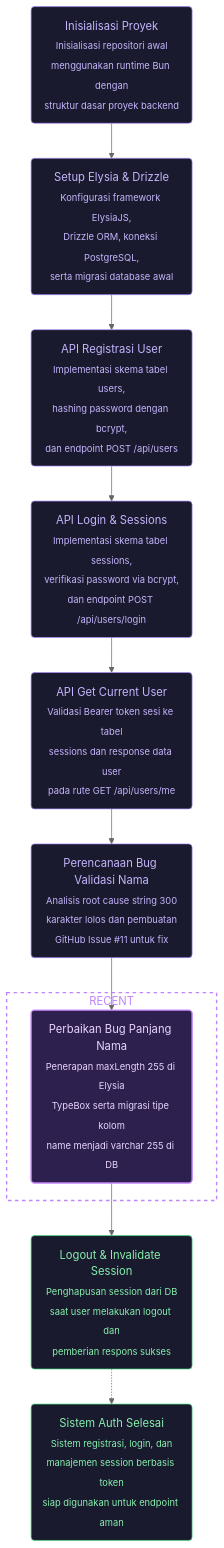
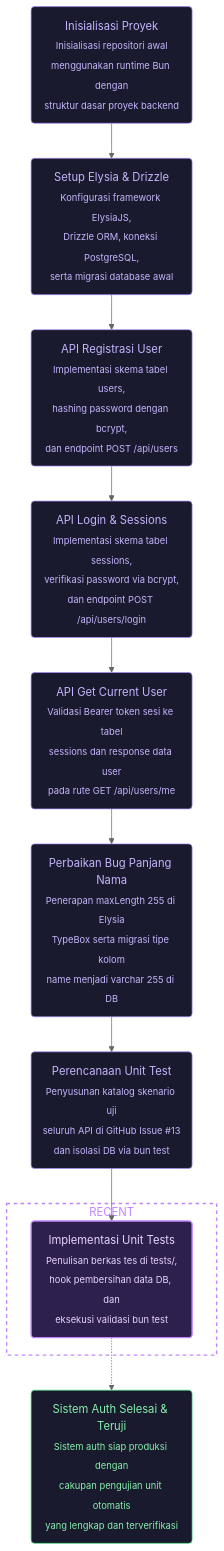
One commit to salmynestack/vibecodefirsttime changed the diagram in vizvibe.mmd. Above: the diagram before and after it, drawn with Mermaid (neutral theme). The commit also changed 4 other files, not shown here.

Commit message:
feat: implementasi unit test menyeluruh menggunakan bun test (closes #13)

```diff
--- a/vizvibe.mmd
+++ b/vizvibe.mmd
@@ -1,66 +1,66 @@
 flowchart TD
     %% === PROJECT GOALS ===
     %% Ultimate Goal: Membangun backend API autentikasi dan manajemen user berbasis Bun, ElysiaJS, dan Drizzle ORM
-    %% Current Goal: Perbaikan bug validasi panjang karakter kolom name pada registrasi user
+    %% Current Goal: Perencanaan dan implementasi unit test komprehensif menggunakan Bun test
 
     %% === START ===
     %% @project_start [start, closed, 2026-09-30, salmin]
     project_start("Inisialisasi Proyek<br/><sub>Inisialisasi repositori awal<br/>menggunakan runtime Bun dengan<br/>struktur dasar proyek backend</sub>")
 
     %% @setup_stack [ai-task, closed, 2026-09-30, salmin]
     setup_stack("Setup Elysia & Drizzle<br/><sub>Konfigurasi framework ElysiaJS,<br/>Drizzle ORM, koneksi PostgreSQL,<br/>serta migrasi database awal</sub>")
 
     %% @feature_register [ai-task, closed, 2026-09-30, salmin]
     feature_register("API Registrasi User<br/><sub>Implementasi skema tabel users,<br/>hashing password dengan bcrypt,<br/>dan endpoint POST /api/users</sub>")
 
     %% @feature_login [ai-task, closed, 2026-10-01, salmin]
     feature_login("API Login & Sessions<br/><sub>Implementasi skema tabel sessions,<br/>verifikasi password via bcrypt,<br/>dan endpoint POST /api/users/login</sub>")
 
     %% @feature_get_user [ai-task, closed, 2026-10-01, salmin]
     feature_get_user("API Get Current User<br/><sub>Validasi Bearer token sesi ke tabel<br/>sessions dan response data user<br/>pada rute GET /api/users/me</sub>")
 
-    %% @plan_bug_name_length [ai-task, closed, 2026-10-01, ai]
-    plan_bug_name_length("Perencanaan Bug Validasi Nama<br/><sub>Analisis root cause string 300<br/>karakter lolos dan pembuatan<br/>GitHub Issue #11 untuk fix</sub>")
-
-    %% @fix_bug_name_length [ai-task, closed, 2026-10-01, ai]
+    %% @fix_bug_name_length [ai-task, closed, 2026-10-01, salmin]
     fix_bug_name_length("Perbaikan Bug Panjang Nama<br/><sub>Penerapan maxLength 255 di Elysia<br/>TypeBox serta migrasi tipe kolom<br/>name menjadi varchar 255 di DB</sub>")
 
-    %% @feature_logout [ai-task, opened, 2026-10-01, user]
-    feature_logout("Logout & Invalidate Session<br/><sub>Penghapusan session dari DB<br/>saat user melakukan logout dan<br/>pemberian respons sukses</sub>")
+    %% @plan_unit_tests [ai-task, closed, 2026-10-01, ai]
+    plan_unit_tests("Perencanaan Unit Test<br/><sub>Penyusunan katalog skenario uji<br/>seluruh API di GitHub Issue #13<br/>dan isolasi DB via bun test</sub>")
+
+    %% @impl_unit_tests [ai-task, closed, 2026-10-01, ai]
+    impl_unit_tests("Implementasi Unit Tests<br/><sub>Penulisan berkas tes di tests/,<br/>hook pembersihan data DB, dan<br/>eksekusi validasi bun test</sub>")
 
     %% @ultimate_goal [end, opened, 2026-10-01, user]
-    ultimate_goal("Sistem Auth Selesai<br/><sub>Sistem registrasi, login, dan<br/>manajemen session berbasis token<br/>siap digunakan untuk endpoint aman</sub>")
+    ultimate_goal("Sistem Auth Selesai & Teruji<br/><sub>Sistem auth siap produksi dengan<br/>cakupan pengujian unit otomatis<br/>yang lengkap dan terverifikasi</sub>")
 
     %% === CONNECTIONS ===
     project_start --> setup_stack
     setup_stack --> feature_register
     feature_register --> feature_login
     feature_login --> feature_get_user
-    feature_get_user --> plan_bug_name_length
-    plan_bug_name_length --> fix_bug_name_length
-    fix_bug_name_length --> feature_logout
-    feature_logout -.-> ultimate_goal
+    feature_get_user --> fix_bug_name_length
+    fix_bug_name_length --> plan_unit_tests
+    plan_unit_tests --> impl_unit_tests
+    impl_unit_tests -.-> ultimate_goal
 
     %% === RECENT WORK HIGHLIGHT ===
     subgraph recent [RECENT]
-        fix_bug_name_length
+        impl_unit_tests
     end
 
     %% === STYLES ===
     %% Closed tasks (soft purple)
     style project_start fill:#1a1a2e,stroke:#a78bfa,color:#c4b5fd,stroke-width:1px
     style setup_stack fill:#1a1a2e,stroke:#a78bfa,color:#c4b5fd,stroke-width:1px
     style feature_register fill:#1a1a2e,stroke:#a78bfa,color:#c4b5fd,stroke-width:1px
     style feature_login fill:#1a1a2e,stroke:#a78bfa,color:#c4b5fd,stroke-width:1px
     style feature_get_user fill:#1a1a2e,stroke:#a78bfa,color:#c4b5fd,stroke-width:1px
-    style plan_bug_name_length fill:#1a1a2e,stroke:#a78bfa,color:#c4b5fd,stroke-width:1px
+    style fix_bug_name_length fill:#1a1a2e,stroke:#a78bfa,color:#c4b5fd,stroke-width:1px
+    style plan_unit_tests fill:#1a1a2e,stroke:#a78bfa,color:#c4b5fd,stroke-width:1px
 
     %% Recent node (highlighted purple)
-    style fix_bug_name_length fill:#2d1f4e,stroke:#c084fc,color:#e9d5ff,stroke-width:2px
+    style impl_unit_tests fill:#2d1f4e,stroke:#c084fc,color:#e9d5ff,stroke-width:2px
 
     %% Recent subgraph (dashed border)
     style recent fill:transparent,stroke:#c084fc,color:#c084fc,stroke-width:2px,stroke-dasharray:5 5
 
     %% Open tasks (soft green)
-    style feature_logout fill:#1a1a2e,stroke:#4ade80,color:#86efac,stroke-width:1px
     style ultimate_goal fill:#1a1a2e,stroke:#4ade80,color:#86efac,stroke-width:1px
```
